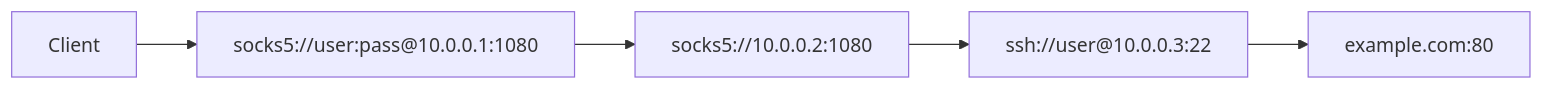
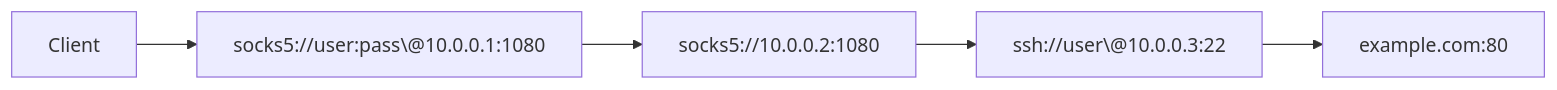
One commit to fmotalleb/junction changed the diagram in README.md. Above: the diagram before and after it, drawn with Mermaid. The commit also changed other lines of this file, not shown here.

Commit message:
fix: update README to clarify Junction's functionality and enhance proxy support details

````diff
--- a/README.md
+++ b/README.md
@@ -122,7 +128,7 @@
   ```mermaid
   graph LR
-     Client --> Proxy1["socks5://user:pass@10.0.0.1:1080"]
+     Client --> Proxy1["socks5://user:pass\@10.0.0.1:1080"]
      Proxy1 --> Proxy2["socks5://10.0.0.2:1080"]
-     Proxy2 --> Proxy3["ssh://user@10.0.0.3:22"]
+     Proxy2 --> Proxy3["ssh://user\@10.0.0.3:22"]
      Proxy3 --> Target["example.com:80"]
   ```
````
